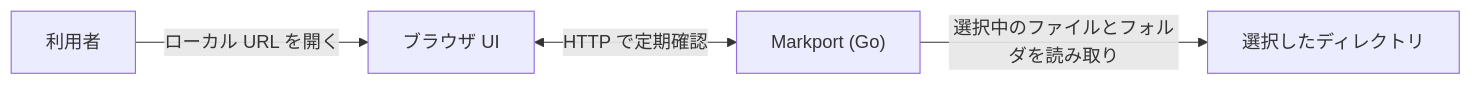
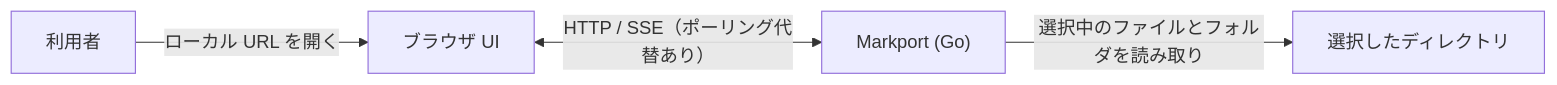
Before and after one commit to yomon8/markport: the diagram in README.ja.md, drawn with Mermaid. The commit also changed other lines of this file and 1 other file, not shown here.

Commit message:
docs: align README shortcuts, Vim navigation, and architecture diagram

````diff
--- a/README.ja.md
+++ b/README.ja.md
@@ -338,6 +338,6 @@
 ```mermaid
 flowchart LR
     user["利用者"] -->|"ローカル URL を開く"| browser["ブラウザ UI"]
-    browser <-->|"HTTP で定期確認"| server["Markport (Go)"]
+    browser <-->|"HTTP / SSE（ポーリング代替あり）"| server["Markport (Go)"]
     server -->|"選択中のファイルとフォルダを読み取り"| directory["選択したディレクトリ"]
 ```
````
